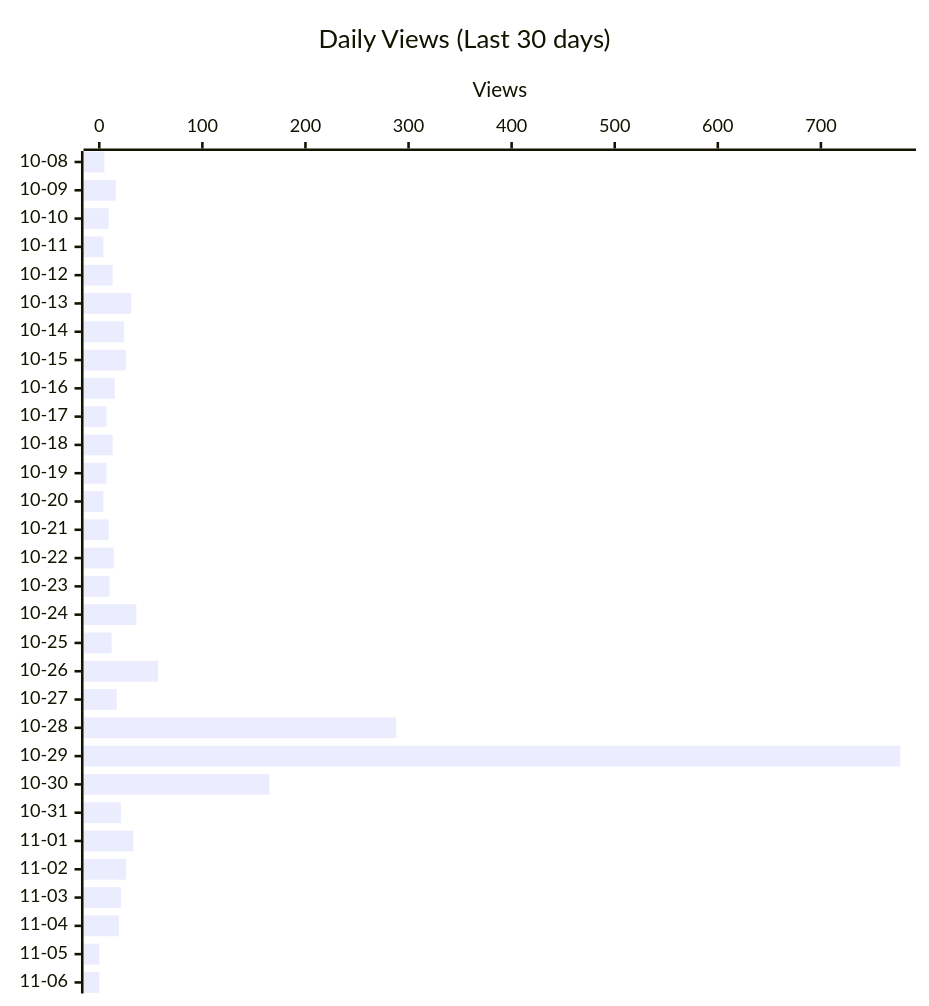
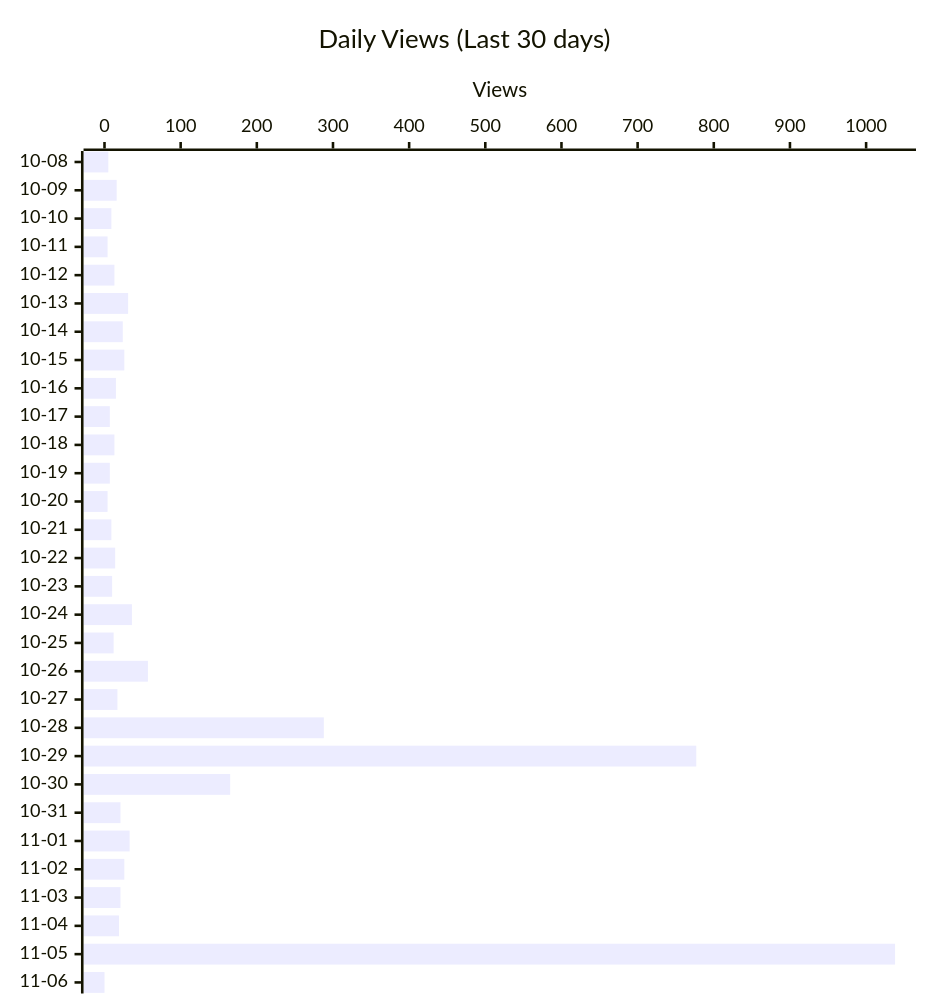
The second of 4 diagrams in README.md (shigechika/github-insights), drawn with Mermaid before and after one commit. The commit also changed other lines of this file and 1 other file, not shown here.

````diff
--- a/README.md
+++ b/README.md
@@ -28,12 +28,12 @@
 ```mermaid
 ---
 config:
   xyChart:
     height: 760
 ---
 xychart-beta horizontal
     title "Daily Views (Last 30 days)"
     x-axis ["10-08", "10-09", "10-10", "10-11", "10-12", "10-13", "10-14", "10-15", "10-16", "10-17", "10-18", "10-19", "10-20", "10-21", "10-22", "10-23", "10-24", "10-25", "10-26", "10-27", "10-28", "10-29", "10-30", "10-31", "11-01", "11-02", "11-03", "11-04", "11-05", "11-06"]
     y-axis "Views"
-    bar [5, 16, 9, 4, 13, 31, 24, 26, 15, 7, 13, 7, 4, 9, 14, 10, 36, 12, 57, 17, 288, 777, 165, 21, 33, 26, 21, 19, 0, 0]
+    bar [5, 16, 9, 4, 13, 31, 24, 26, 15, 7, 13, 7, 4, 9, 14, 10, 36, 12, 57, 17, 288, 777, 165, 21, 33, 26, 21, 19, 1038, 0]
 ```
````
